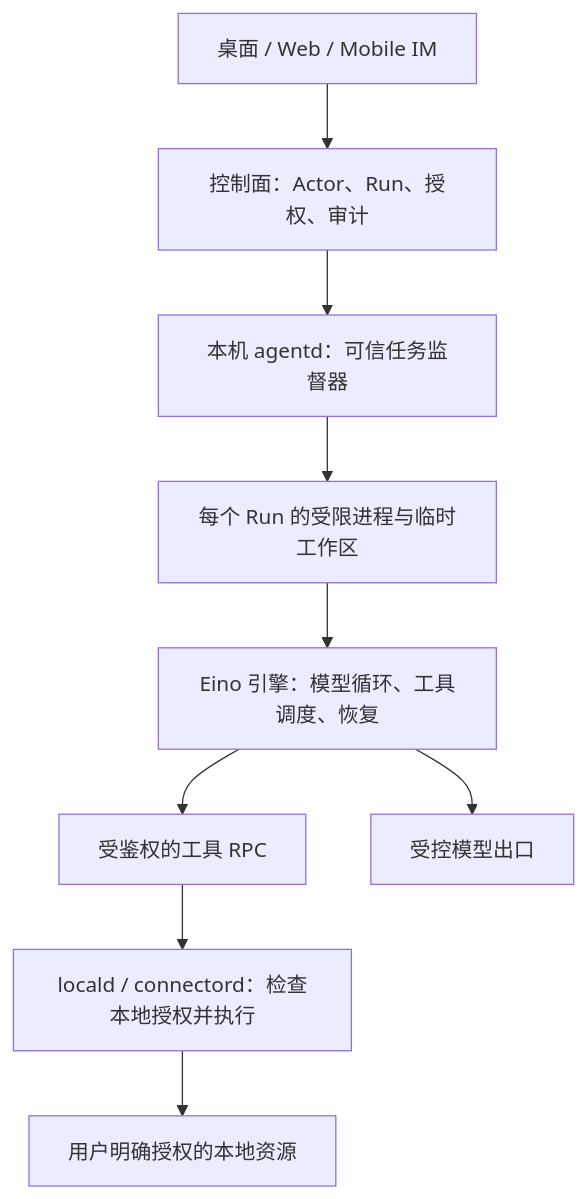
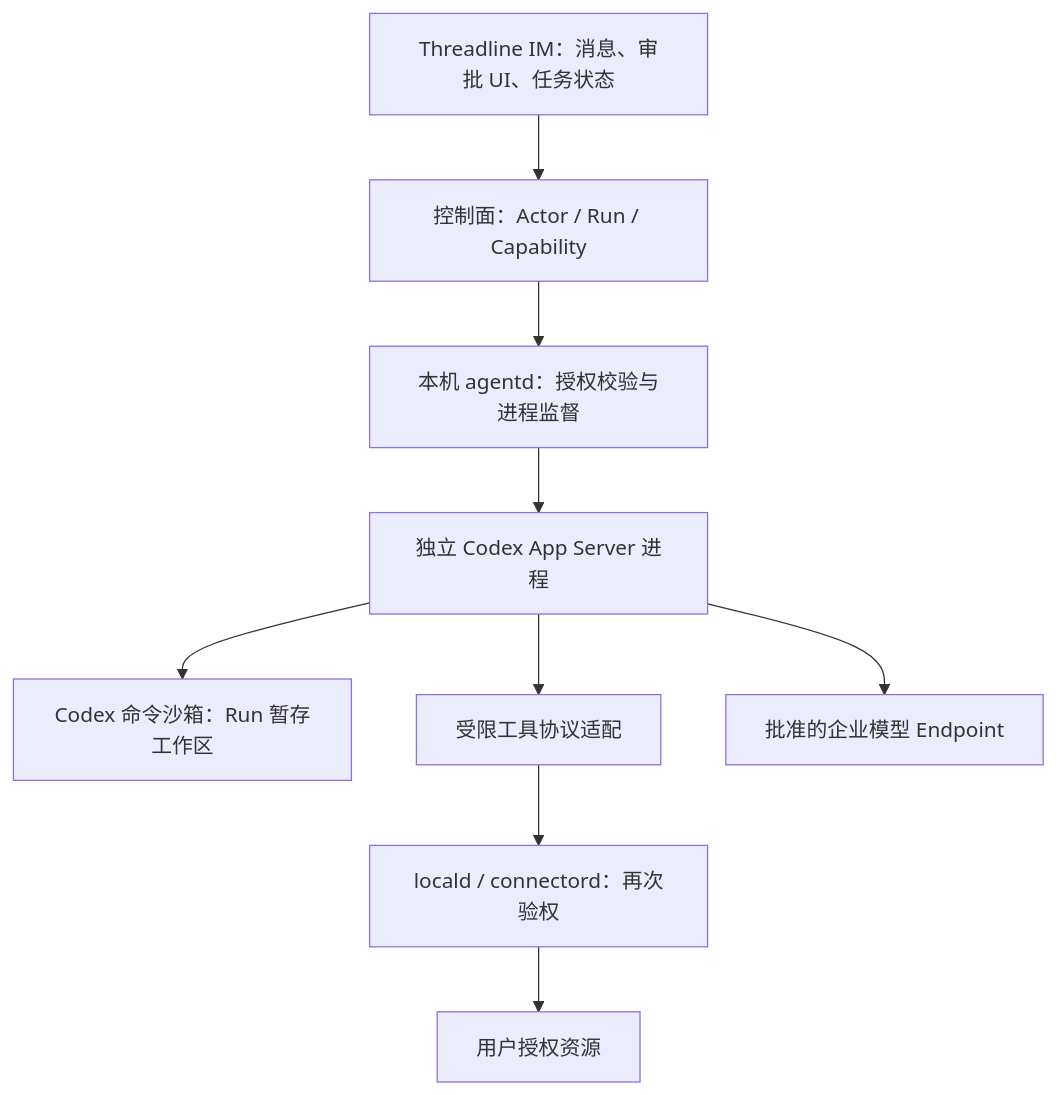
One commit to monkeylabx/threadline changed the diagram in docs/research/2026-09-agent-runtime-selection.md. Above: the diagram before and after it, drawn with Mermaid. The commit also changed other lines of this file, not shown here.

Commit message:
docs: consolidate OpenAI runtime architecture and record sandbox probes

````diff
--- a/docs/research/2026-09-agent-runtime-selection.md
+++ b/docs/research/2026-09-agent-runtime-selection.md
@@ -89,11 +42,11 @@
 ```mermaid
 flowchart TD
-    UI[桌面 / Web / Mobile IM] --> CP[控制面：Actor、Run、授权、审计]
-    CP --> SUP[本机 agentd：可信任务监督器]
-    SUP --> BOX[每个 Run 的受限进程与临时工作区]
-    BOX --> ENG[Eino 引擎：模型循环、工具调度、恢复]
-    ENG --> RPC[受鉴权的工具 RPC]
-    RPC --> CON[locald / connectord：检查本地授权并执行]
-    ENG --> MODEL[受控模型出口]
-    CON --> FILE[用户明确授权的本地资源]
+    IM[Threadline IM：消息、审批 UI、任务状态] --> CP[控制面：Actor / Run / Capability]
+    CP --> AD[本机 agentd：授权校验与进程监督]
+    AD --> CS[独立 Codex App Server 进程]
+    CS --> SB[Codex 命令沙箱：Run 暂存工作区]
+    CS --> TOOL[受限工具协议适配]
+    TOOL --> CON[locald / connectord：再次验权]
+    CON --> RES[用户授权资源]
+    CS --> MODEL[批准的企业模型 Endpoint]
 ```
````
